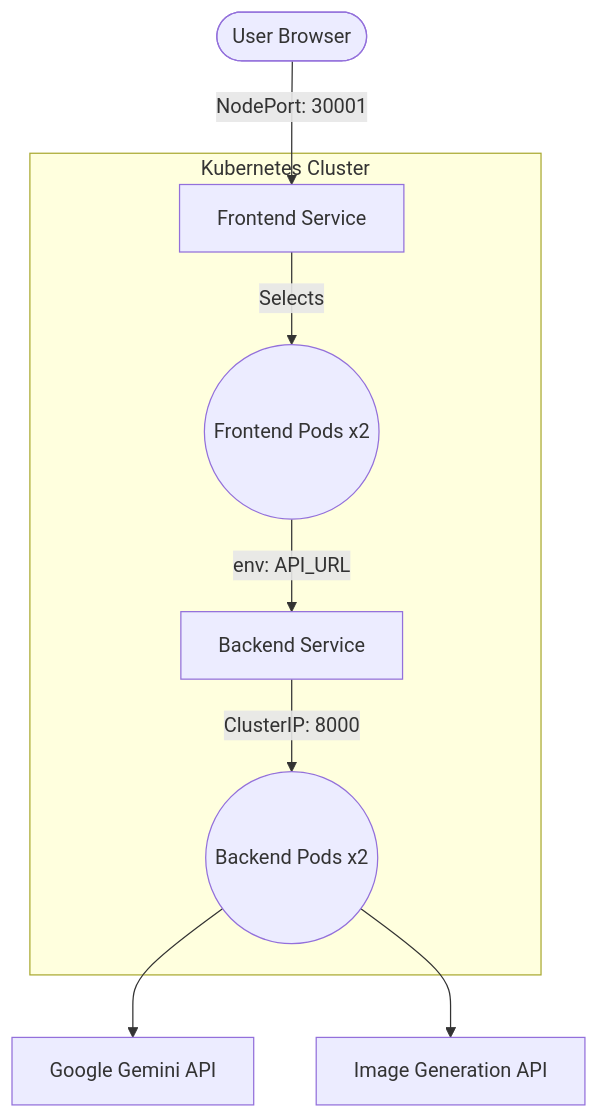
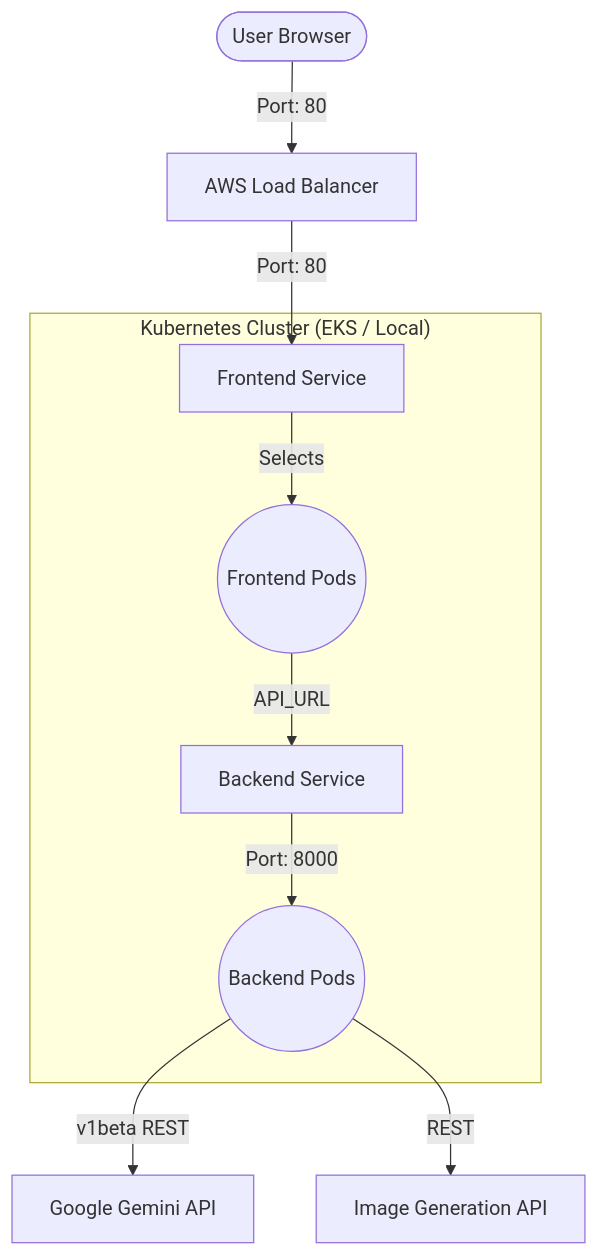
One commit to HashimSaify/Multimodal-GenAi-Education- changed the diagram in README.md. Above: the diagram before and after it, drawn with Mermaid. The commit also changed other lines of this file and 2 other files, not shown here.

````diff
--- a/README.md
+++ b/README.md
@@ -28,11 +27,12 @@
 ```mermaid
 graph TD
-    User([User Browser]) -- NodePort: 30001 --> FS[Frontend Service]
-    subgraph Kubernetes Cluster
-        FS -- Selects --> FP((Frontend Pods x2))
-        FP -- env: API_URL --> BS[Backend Service]
-        BS -- ClusterIP: 8000 --> BP((Backend Pods x2))
+    User([User Browser]) -- Port: 80 --> ELB[AWS Load Balancer]
+    ELB -- Port: 80 --> FS[Frontend Service]
+    subgraph "Kubernetes Cluster (EKS / Local)"
+        FS -- Selects --> FP((Frontend Pods))
+        FP -- API_URL --> BS[Backend Service]
+        BS -- Port: 8000 --> BP((Backend Pods))
     end
-    BP --> Gemini[Google Gemini API]
-    BP --> ImageAPI[Image Generation API]
+    BP -- v1beta REST --> Gemini[Google Gemini API]
+    BP -- REST --> ImageAPI[Image Generation API]
 ```
````
